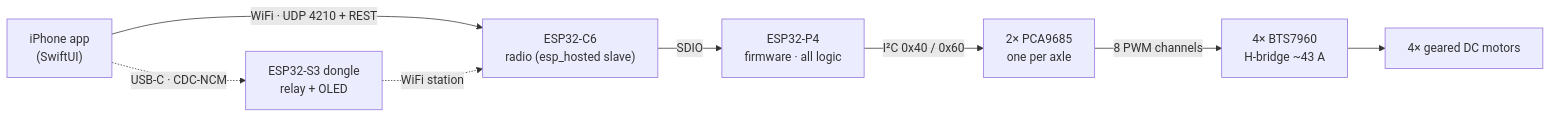
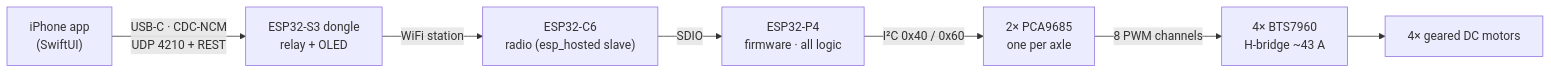
Before and after one commit to ajohnson-smarthome/AJMiddleCar: the diagram in README.md, drawn with Mermaid. The commit also changed other lines of this file and 16 other files, not shown here.

First line of the commit message:
docs+tools: the tree says what the app does — the dongle is the way to the car

````diff
--- a/README.md
+++ b/README.md
@@ -43,10 +44,9 @@
 ```mermaid
 flowchart LR
-    A["iPhone app<br/>(SwiftUI)"] -->|"WiFi · UDP 4210 + REST"| R
-    A -.->|"USB-C · CDC-NCM"| D["ESP32-S3 dongle<br/>relay + OLED"]
-    D -.->|"WiFi station"| R["ESP32-C6<br/>radio (esp_hosted slave)"]
+    A["iPhone app<br/>(SwiftUI)"] -->|"USB-C · CDC-NCM<br/>UDP 4210 + REST"| D["ESP32-S3 dongle<br/>relay + OLED"]
+    D -->|"WiFi station"| R["ESP32-C6<br/>radio (esp_hosted slave)"]
     R -->|"SDIO"| B["ESP32-P4<br/>firmware · all logic"]
     B -->|"I²C 0x40 / 0x60"| C["2× PCA9685<br/>one per axle"]
     C -->|"8 PWM channels"| E["4× BTS7960<br/>H-bridge ~43 A"]
     E --> M["4× geared DC motors"]
 ```
````
